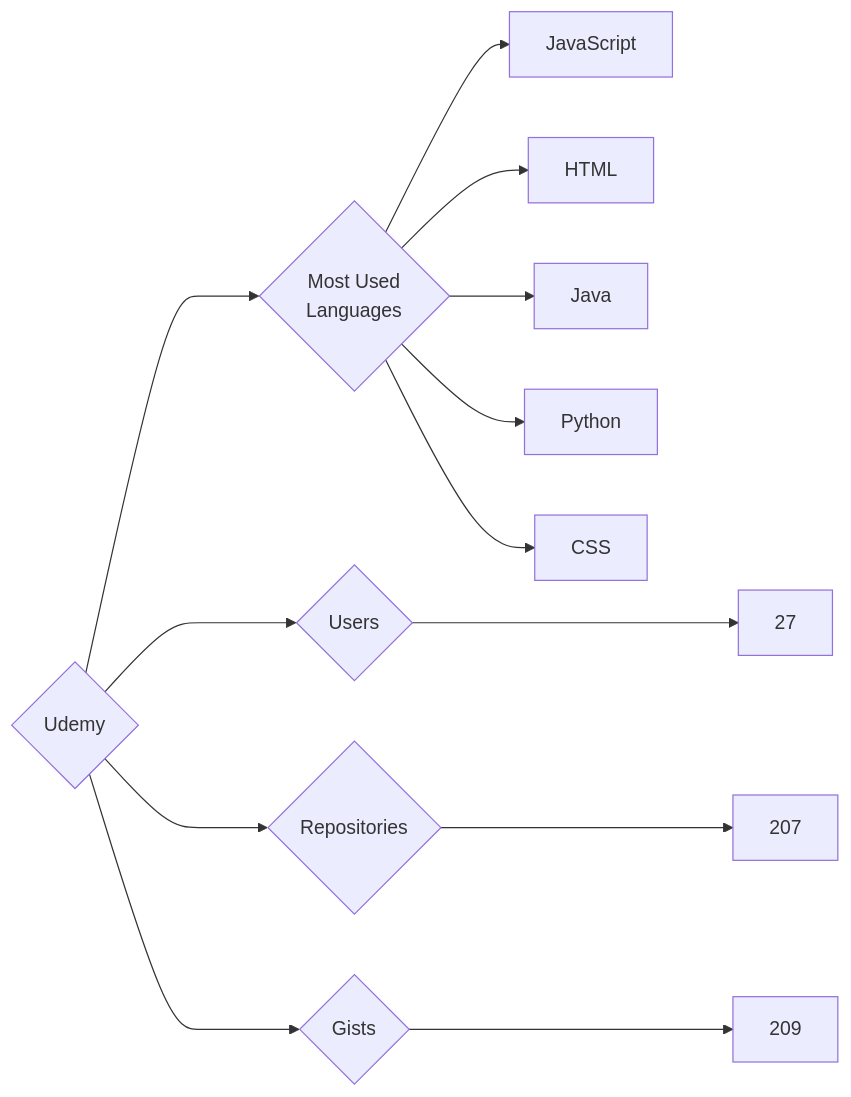
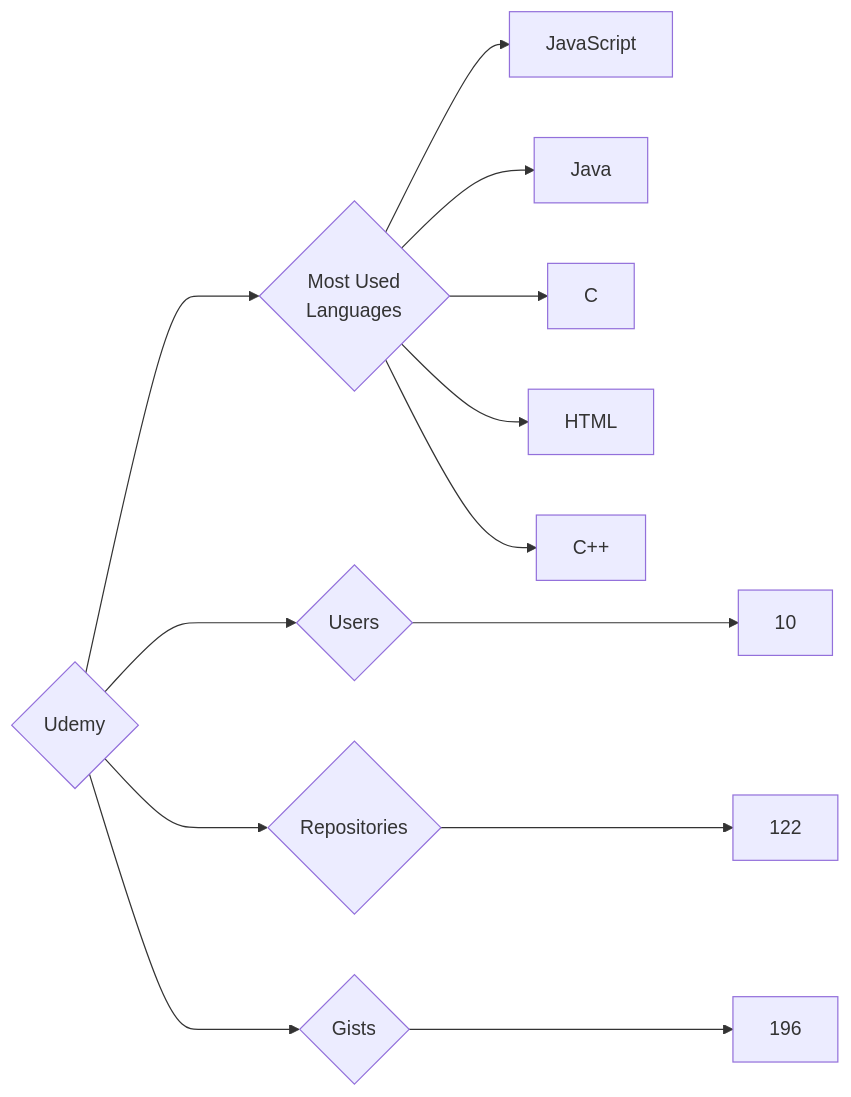
One commit to trickest/insiders changed the diagram in targets/Udemy/README.md. Above: the diagram before and after it, drawn with Mermaid. The commit also changed 955 other files, not shown here.

````diff
--- a/targets/Udemy/README.md
+++ b/targets/Udemy/README.md
@@ -3,13 +3,13 @@
 ```mermaid
 graph LR
 COMPANY_NAME{Udemy}
-COMPANY_NAME ---> U{Users} ---> UN[27]
-COMPANY_NAME ---> R{Repositories} ---> RN[207]
-COMPANY_NAME ---> G{Gists} ---> GN[209]
+COMPANY_NAME ---> U{Users} ---> UN[10]
+COMPANY_NAME ---> R{Repositories} ---> RN[122]
+COMPANY_NAME ---> G{Gists} ---> GN[196]
 COMPANY_NAME ---> ML{Most Used<br>Languages}
 ML --> JavaScript[JavaScript]
+ML --> Java[Java]
+ML --> C[C]
 ML --> HTML[HTML]
-ML --> Java[Java]
-ML --> Python[Python]
-ML --> CSS[CSS]
+ML --> C++[C++]
 ```
````
